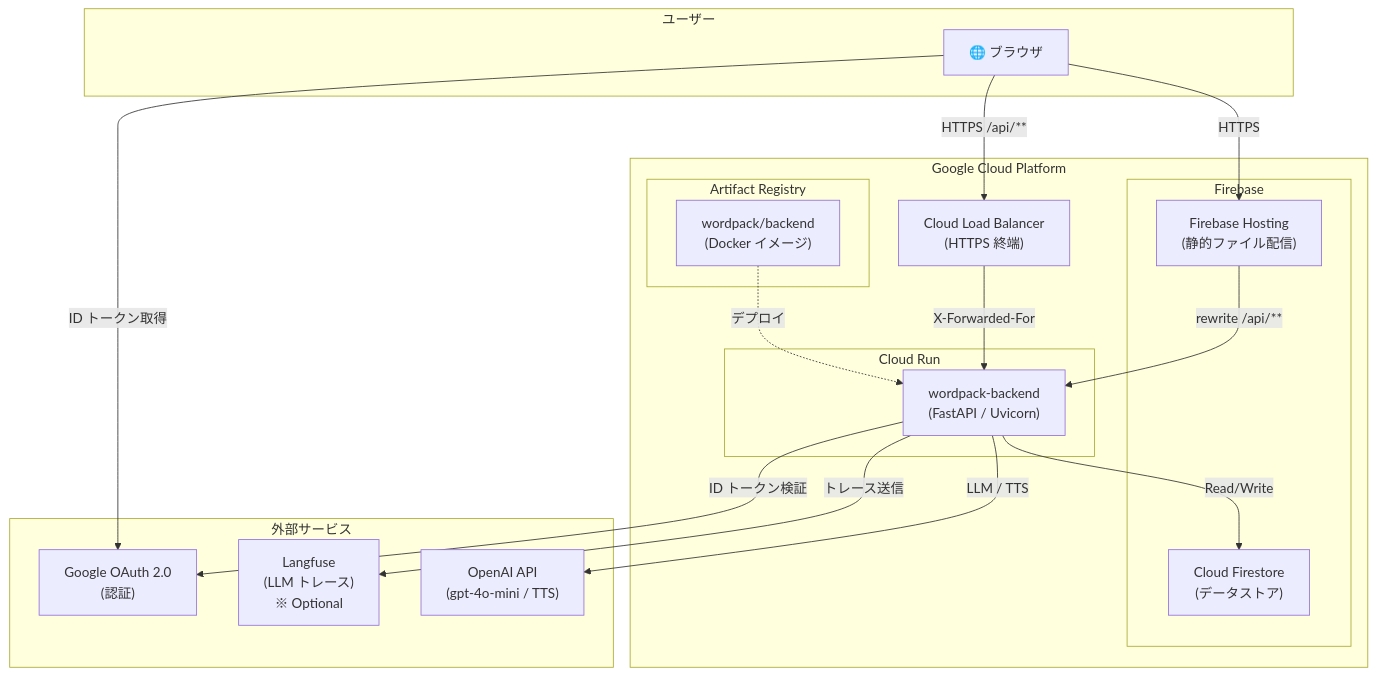
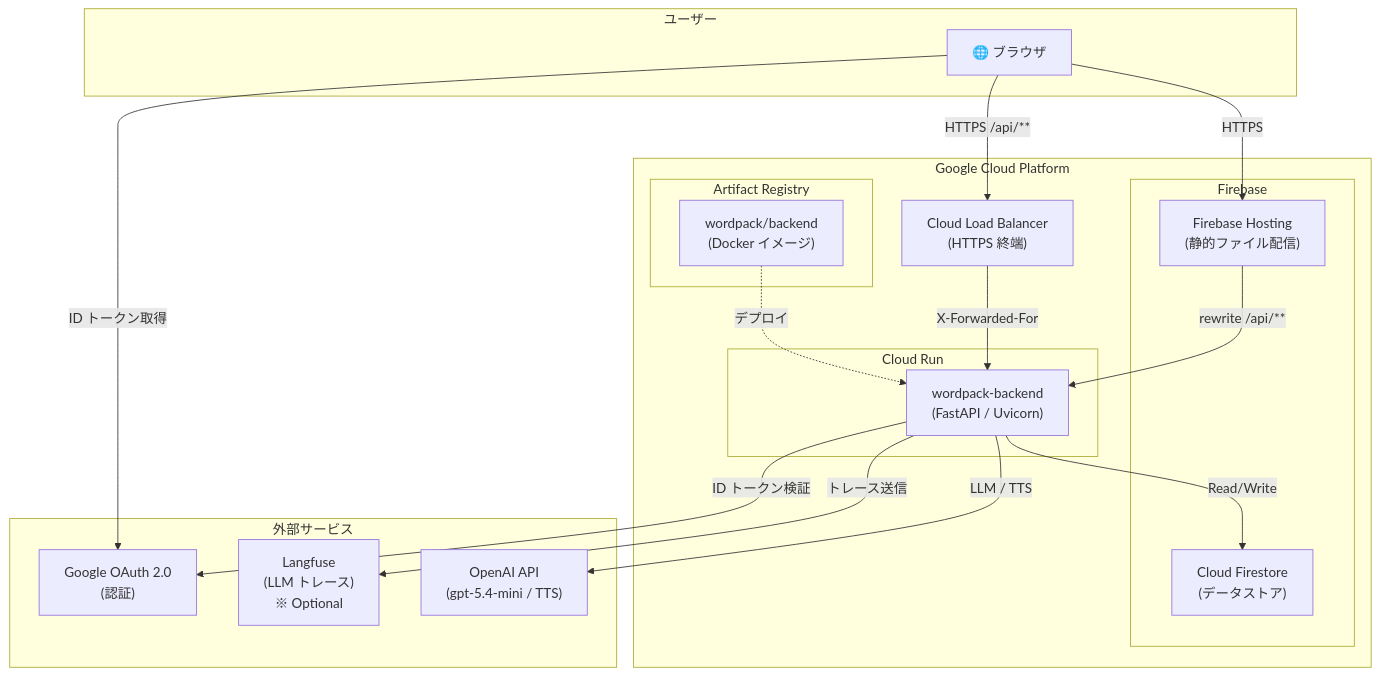
Before and after one commit to RiSEblackbird/wordpack-for-english: the first of 6 diagrams in docs/infrastructure.md, drawn with Mermaid. The commit also changed other lines of this file and 49 other files, not shown here.

````diff
--- a/docs/infrastructure.md
+++ b/docs/infrastructure.md
@@ -9,40 +9,40 @@
 ```mermaid
 flowchart TB
     subgraph Users["ユーザー"]
         Browser["🌐 ブラウザ"]
     end
 
     subgraph GCP["Google Cloud Platform"]
         subgraph Firebase["Firebase"]
             Hosting["Firebase Hosting<br/>(静的ファイル配信)"]
             Firestore["Cloud Firestore<br/>(データストア)"]
         end
 
         subgraph CloudRun["Cloud Run"]
             Backend["wordpack-backend<br/>(FastAPI / Uvicorn)"]
         end
 
         subgraph ArtifactRegistry["Artifact Registry"]
             DockerImage["wordpack/backend<br/>(Docker イメージ)"]
         end
 
         LB["Cloud Load Balancer<br/>(HTTPS 終端)"]
     end
 
     subgraph External["外部サービス"]
-        OpenAI["OpenAI API<br/>(gpt-4o-mini / TTS)"]
+        OpenAI["OpenAI API<br/>(gpt-5.4-mini / TTS)"]
         GoogleOAuth["Google OAuth 2.0<br/>(認証)"]
         Langfuse["Langfuse<br/>(LLM トレース)<br/>※ Optional"]
     end
 
     Browser -->|HTTPS| Hosting
     Browser -->|HTTPS /api/**| LB
     LB -->|X-Forwarded-For| Backend
     Hosting -->|rewrite /api/**| Backend
     Backend -->|Read/Write| Firestore
     Backend -->|LLM / TTS| OpenAI
     Backend -->|トレース送信| Langfuse
     Browser -->|ID トークン取得| GoogleOAuth
     Backend -->|ID トークン検証| GoogleOAuth
     DockerImage -.->|デプロイ| Backend
 ```
````
